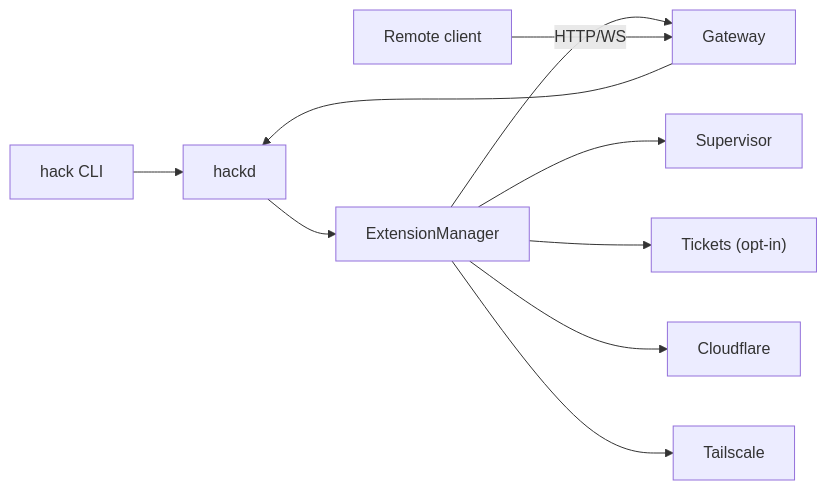
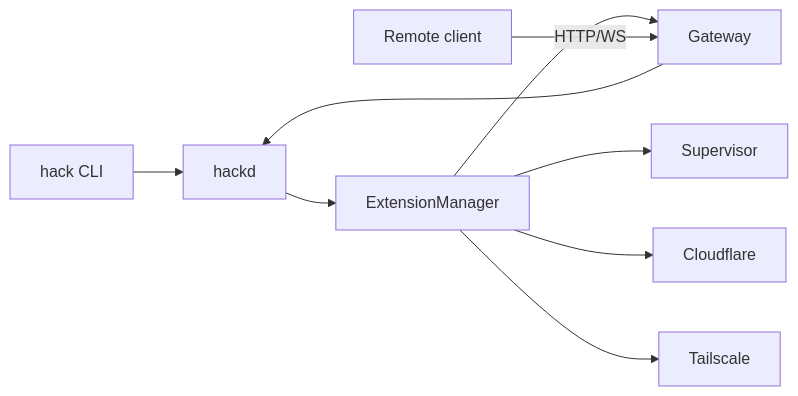
Before and after one commit to hack-dance/hack: the sixth of 6 diagrams in docs/architecture.md, drawn with Mermaid. The commit also changed other lines of this file and 113 other files, not shown here.

````diff
--- a/docs/architecture.md
+++ b/docs/architecture.md
@@ -255,12 +254,11 @@
 ```mermaid
 graph LR
   CLI["hack CLI"] --> Hackd["hackd"]
   Hackd --> ExtMgr["ExtensionManager"]
   ExtMgr --> Gateway["Gateway"]
   ExtMgr --> Supervisor["Supervisor"]
-  ExtMgr --> Tickets["Tickets (opt-in)"]
   ExtMgr --> Cloudflare["Cloudflare"]
   ExtMgr --> Tailscale["Tailscale"]
   Remote["Remote client"] -->|HTTP/WS| Gateway
   Gateway --> Hackd
 ```
````
